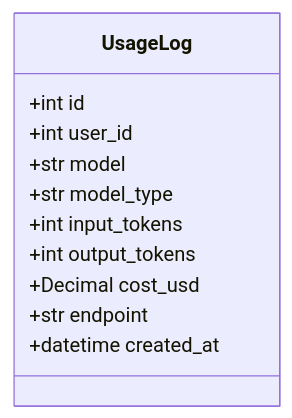
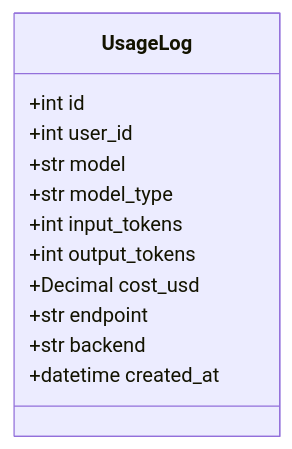
Before and after one commit to bwinken/llm-gateway: the third of 3 diagrams in app/models/README.zh-TW.md, drawn with Mermaid. The commit also changed other lines of this file and 6 other files, not shown here.

````diff
--- a/app/models/README.zh-TW.md
+++ b/app/models/README.zh-TW.md
@@ -119,14 +178,15 @@
 ```mermaid
 classDiagram
     class UsageLog {
         +int id
         +int user_id
         +str model
         +str model_type
         +int input_tokens
         +int output_tokens
         +Decimal cost_usd
         +str endpoint
+        +str backend
         +datetime created_at
     }
 ```
````
